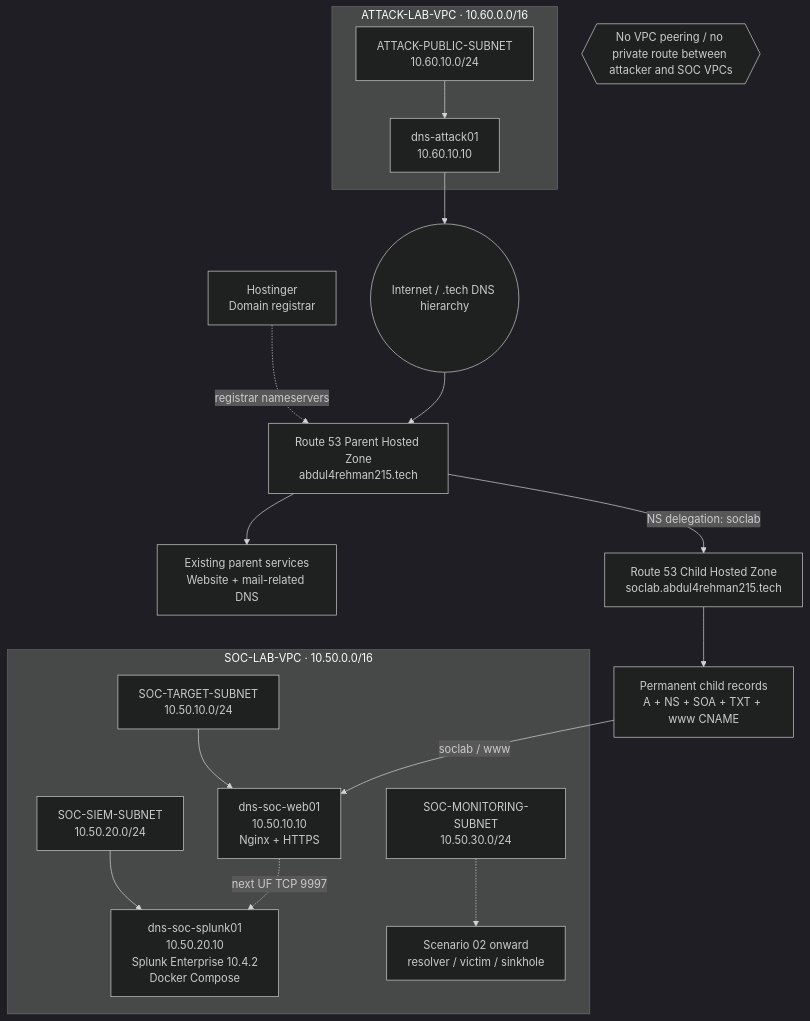
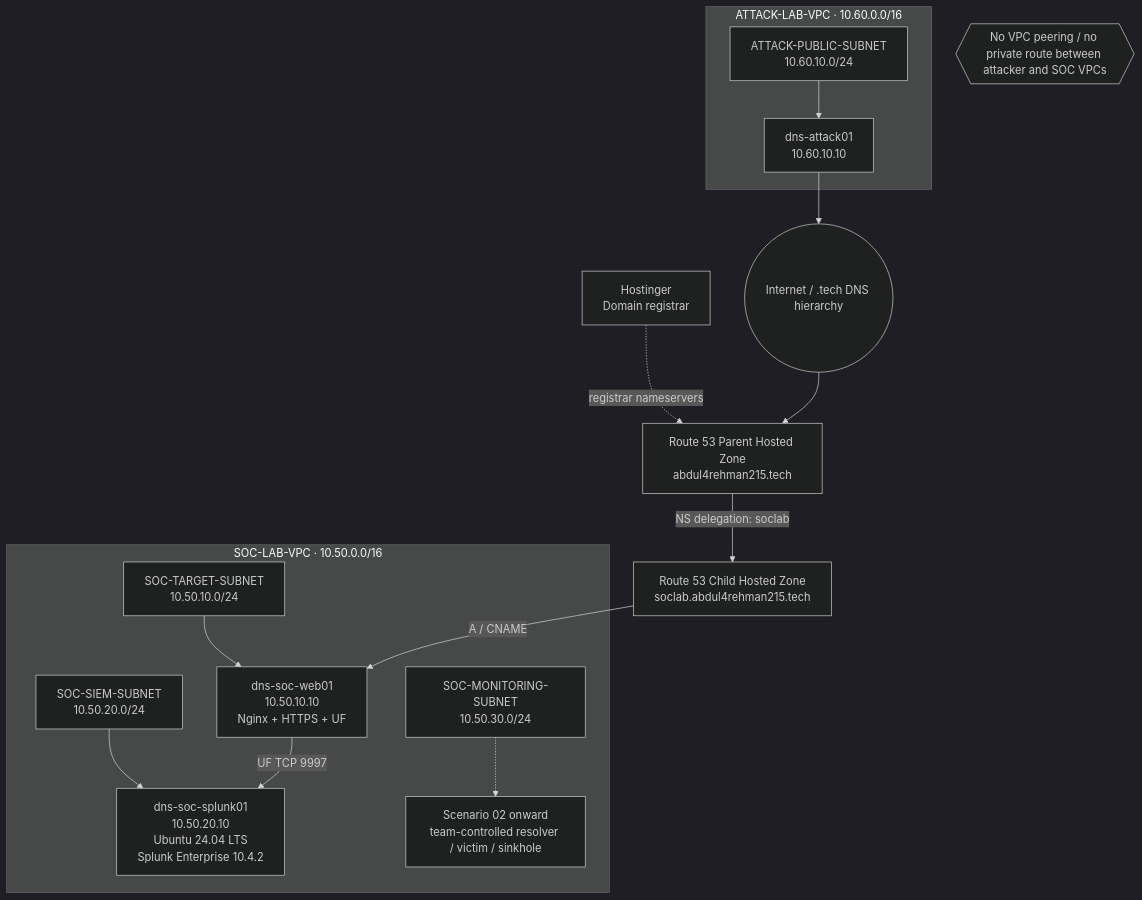
One commit to DNS-SOC-Lab/DNS-Lab-Infrastructure changed the first of 2 diagrams in README.md. Above: the diagram before and after it, drawn with Mermaid (dark theme). The commit also changed other lines of this file, not shown here.

````diff
--- a/README.md
+++ b/README.md
@@ -11,38 +32,34 @@
 ```mermaid
 flowchart TB
     Registrar[Hostinger<br/>Domain registrar]
     Internet((Internet / .tech DNS hierarchy))
 
     Parent[Route 53 Parent Hosted Zone<br/>abdul4rehman215.tech]
-    Existing[Existing parent services<br/>Website + mail-related DNS]
     Child[Route 53 Child Hosted Zone<br/>soclab.abdul4rehman215.tech]
-    ChildStatic[Permanent child records<br/>A + NS + SOA + TXT + www CNAME]
 
     subgraph ATTACK[ATTACK-LAB-VPC · 10.60.0.0/16]
         AS[ATTACK-PUBLIC-SUBNET<br/>10.60.10.0/24]
         A[dns-attack01<br/>10.60.10.10]
         AS --> A
     end
 
     subgraph SOC[SOC-LAB-VPC · 10.50.0.0/16]
         TS[SOC-TARGET-SUBNET<br/>10.50.10.0/24]
         SS[SOC-SIEM-SUBNET<br/>10.50.20.0/24]
         MS[SOC-MONITORING-SUBNET<br/>10.50.30.0/24]
-        W[dns-soc-web01<br/>10.50.10.10<br/>Nginx + HTTPS]
-        S[dns-soc-splunk01<br/>10.50.20.10<br/>Splunk Enterprise 10.4.2<br/>Docker Compose]
+        W[dns-soc-web01<br/>10.50.10.10<br/>Nginx + HTTPS + UF]
+        S[dns-soc-splunk01<br/>10.50.20.10<br/>Ubuntu 24.04 LTS<br/>Splunk Enterprise 10.4.2]
         TS --> W
         SS --> S
-        MS -.-> M[Scenario 02 onward<br/>resolver / victim / sinkhole]
+        MS -.-> Future[Scenario 02 onward<br/>team-controlled resolver / victim / sinkhole]
     end
 
     Registrar -. registrar nameservers .-> Parent
     Internet --> Parent
-    Parent --> Existing
     Parent -->|NS delegation: soclab| Child
-    Child --> ChildStatic
-    ChildStatic -->|soclab / www| W
+    Child -->|A / CNAME| W
     A --> Internet
-    W -. next UF TCP 9997 .-> S
+    W -->|UF TCP 9997| S
 
     X{{No VPC peering / no private route between attacker and SOC VPCs}}
 ```
````
